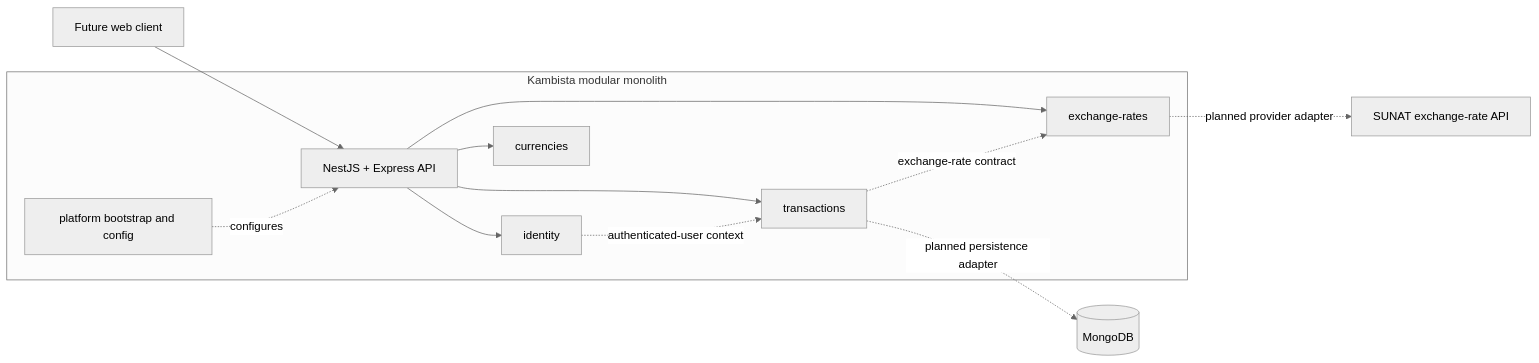
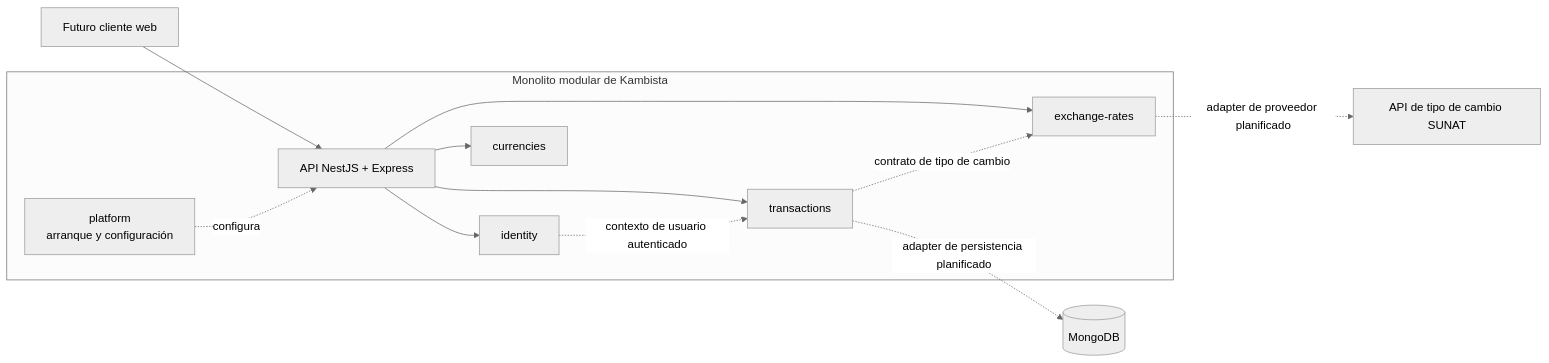
The diagram in docs/diagrams/system-context.md (YaulPauly/kambista-api), drawn with Mermaid (neutral theme) before and after one commit. The commit also changed other lines of this file and 7 other files, not shown here.

````diff
--- a/docs/diagrams/system-context.md
+++ b/docs/diagrams/system-context.md
@@ -6,19 +7,19 @@
 ```mermaid
 flowchart LR
-    Client[Future web client] --> Http[NestJS + Express API]
+    Client[Futuro cliente web] --> Http[API NestJS + Express]
 
-    subgraph Backend[Kambista modular monolith]
+    subgraph Backend[Monolito modular de Kambista]
         Http --> Identity[identity]
         Http --> Currencies[currencies]
         Http --> Rates[exchange-rates]
         Http --> Transactions[transactions]
 
-        Transactions -. exchange-rate contract .-> Rates
-        Identity -. authenticated-user context .-> Transactions
-        Platform[platform bootstrap and config]
+        Transactions -. contrato de tipo de cambio .-> Rates
+        Identity -. contexto de usuario autenticado .-> Transactions
+        Platform[platform\narranque y configuración]
     end
 
-    Platform -. configures .-> Http
-    Rates -. planned provider adapter .-> Sunat[SUNAT exchange-rate API]
-    Transactions -. planned persistence adapter .-> MongoDB[(MongoDB)]
+    Platform -. configura .-> Http
+    Rates -. adapter de proveedor planificado .-> Sunat[API de tipo de cambio SUNAT]
+    Transactions -. adapter de persistencia planificado .-> MongoDB[(MongoDB)]
 ```
````
